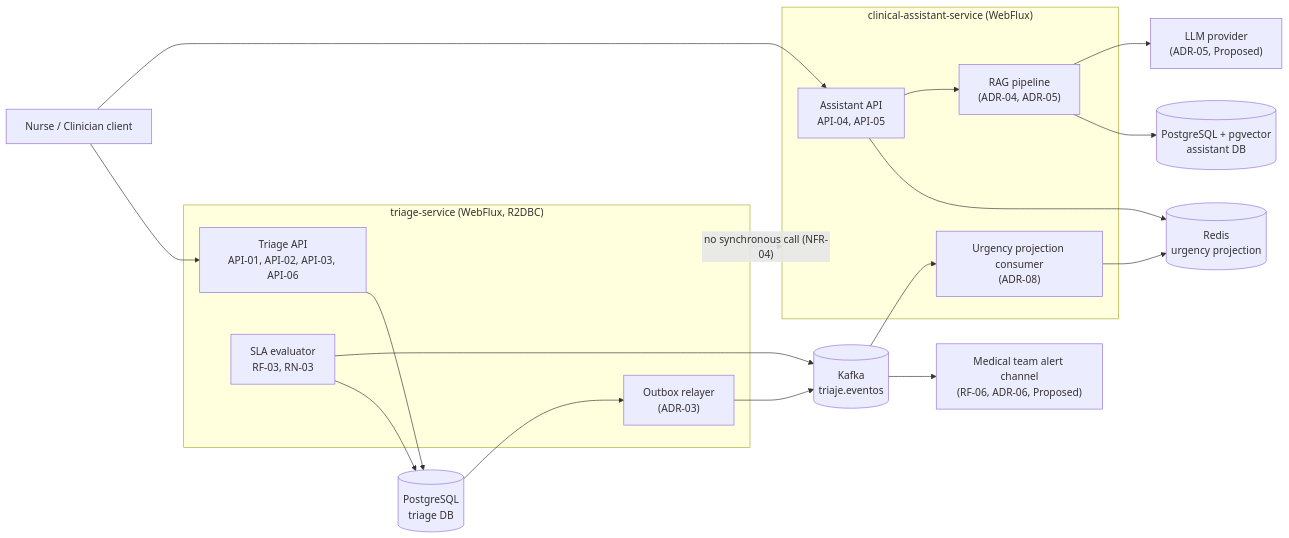
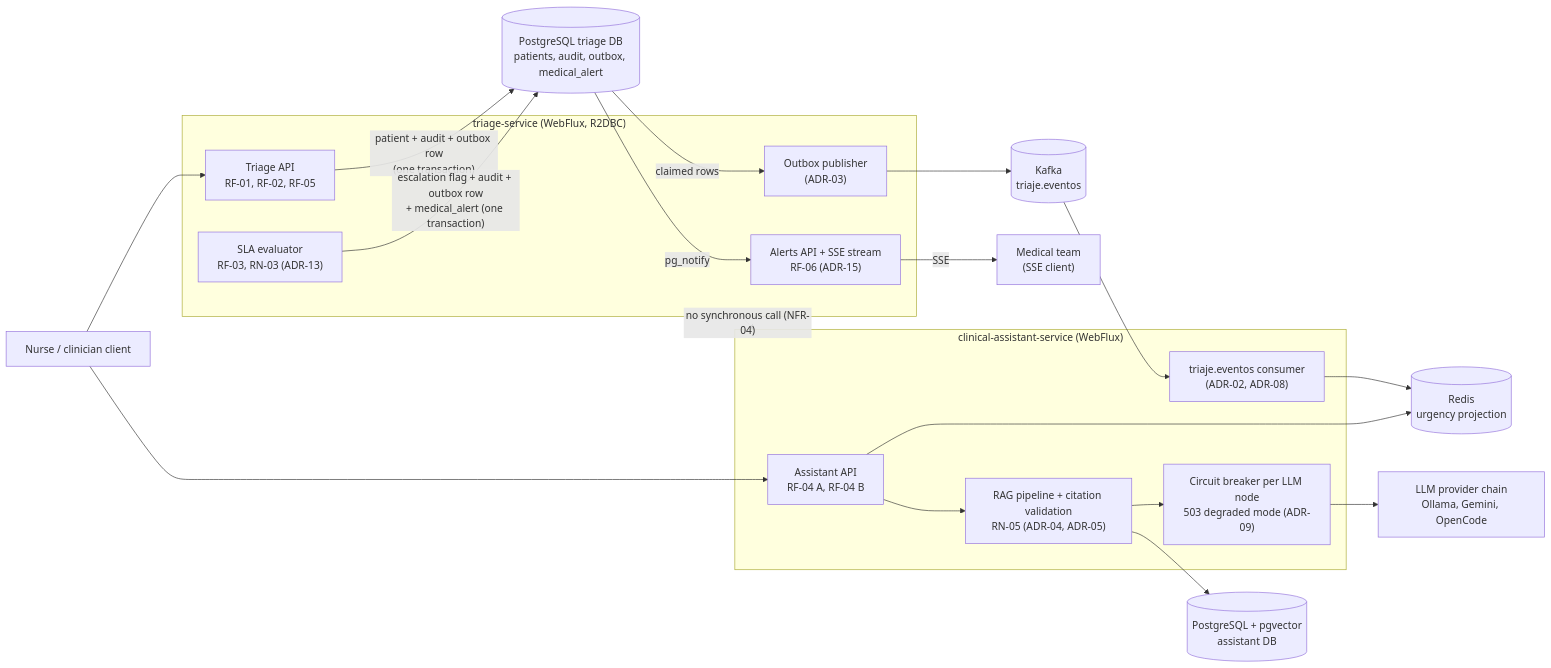
The first of 8 diagrams in docs/architecture/diagrams.md (Crispelinho/vidacruz-triage-platform), drawn with Mermaid before and after one commit. The commit also changed 1 other file, not shown here.

Commit message:
docs(readme): add architecture diagram, technologies and key decisions
Replace the stale logical diagram (webhook RF-06, direct SLA to Kafka) with the implemented flow: outbox, persisted alerts over SSE and the LLM circuit breaker. Correct the idempotency note and document the inclusive report end date.

````diff
--- a/docs/architecture/diagrams.md
+++ b/docs/architecture/diagrams.md
@@ -7,36 +7,39 @@
 ```mermaid
 flowchart LR
-    Client["Nurse / Clinician client"]
+    Client["Nurse / clinician client"]
+    Medical["Medical team<br/>(SSE client)"]
     subgraph Triage["triage-service (WebFlux, R2DBC)"]
-        TAPI["Triage API<br/>API-01, API-02, API-03, API-06"]
-        SLA["SLA evaluator<br/>RF-03, RN-03"]
-        TOUT["Outbox relayer<br/>(ADR-03)"]
+        TAPI["Triage API<br/>RF-01, RF-02, RF-05"]
+        SLA["SLA evaluator<br/>RF-03, RN-03 (ADR-13)"]
+        TOUT["Outbox publisher<br/>(ADR-03)"]
+        ALERTS["Alerts API + SSE stream<br/>RF-06 (ADR-15)"]
     end
     subgraph Assistant["clinical-assistant-service (WebFlux)"]
-        AAPI["Assistant API<br/>API-04, API-05"]
-        PROJ["Urgency projection consumer<br/>(ADR-08)"]
-        RAG["RAG pipeline<br/>(ADR-04, ADR-05)"]
+        AAPI["Assistant API<br/>RF-04 A, RF-04 B"]
+        PROJ["triaje.eventos consumer<br/>(ADR-02, ADR-08)"]
+        RAG["RAG pipeline + citation validation<br/>RN-05 (ADR-04, ADR-05)"]
+        CB["Circuit breaker per LLM node<br/>503 degraded mode (ADR-09)"]
     end
     KAFKA[("Kafka<br/>triaje.eventos")]
-    TPG[("PostgreSQL<br/>triage DB")]
+    TPG[("PostgreSQL triage DB<br/>patients, audit, outbox, medical_alert")]
     APG[("PostgreSQL + pgvector<br/>assistant DB")]
     REDIS[("Redis<br/>urgency projection")]
-    LLM["LLM provider<br/>(ADR-05, Proposed)"]
-    MED["Medical team alert channel<br/>(RF-06, ADR-06, Proposed)"]
+    LLM["LLM provider chain<br/>Ollama, Gemini, OpenCode"]
 
     Client --> TAPI
     Client --> AAPI
-    TAPI --> TPG
-    SLA --> TPG
-    TPG --> TOUT
+    TAPI -- "patient + audit + outbox row<br/>(one transaction)" --> TPG
+    SLA -- "escalation flag + audit + outbox row<br/>+ medical_alert (one transaction)" --> TPG
+    TPG -- "claimed rows" --> TOUT
     TOUT --> KAFKA
-    SLA --> KAFKA
+    TPG -- "pg_notify" --> ALERTS
+    ALERTS -- "SSE" --> Medical
     KAFKA --> PROJ
     PROJ --> REDIS
     AAPI --> REDIS
     AAPI --> RAG
     RAG --> APG
-    RAG --> LLM
-    KAFKA --> MED
+    RAG --> CB
+    CB --> LLM
     Triage -. "no synchronous call (NFR-04)" .-> Assistant
 ```
````
